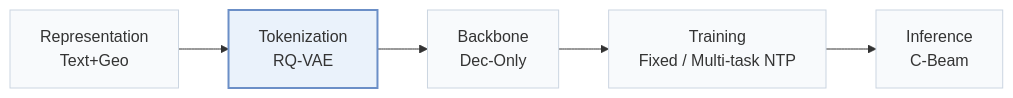
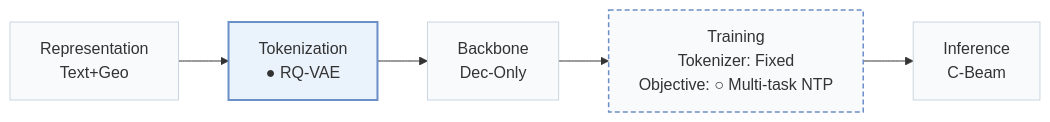
The first of 2 diagrams in pages/papers/qt-mob.md (Galaxy-ghost/Awesome-SID-Generative-Rec), drawn with Mermaid before and after one commit. The commit also changed other lines of this file and 558 other files, not shown here.

````diff
--- a/pages/papers/qt-mob.md
+++ b/pages/papers/qt-mob.md
@@ -15,8 +19,10 @@
 ```mermaid
 flowchart LR
-    R["Representation<br/>Text+Geo"] --> T["Tokenization<br/>RQ-VAE"] --> B["Backbone<br/>Dec-Only"] --> TR["Training<br/>Fixed / Multi-task NTP"] --> I["Inference<br/>C-Beam"]
+    R["Representation<br/>Text+Geo"] --> T["Tokenization<br/>● RQ-VAE"] --> B["Backbone<br/>Dec-Only"] --> TR["Training<br/>Tokenizer: Fixed<br/>Objective: ○ Multi-task NTP"] --> I["Inference<br/>C-Beam"]
     classDef base fill:#f8fafc,stroke:#cbd5e1
     class R,T,B,TR,I base
+    classDef other fill:#f8fafc,stroke:#6b8fc7,stroke-width:1.5px,stroke-dasharray:5 3
+    class TR other
     classDef main fill:#eaf2fb,stroke:#6b8fc7,stroke-width:2px
     class T main
 ```
````
